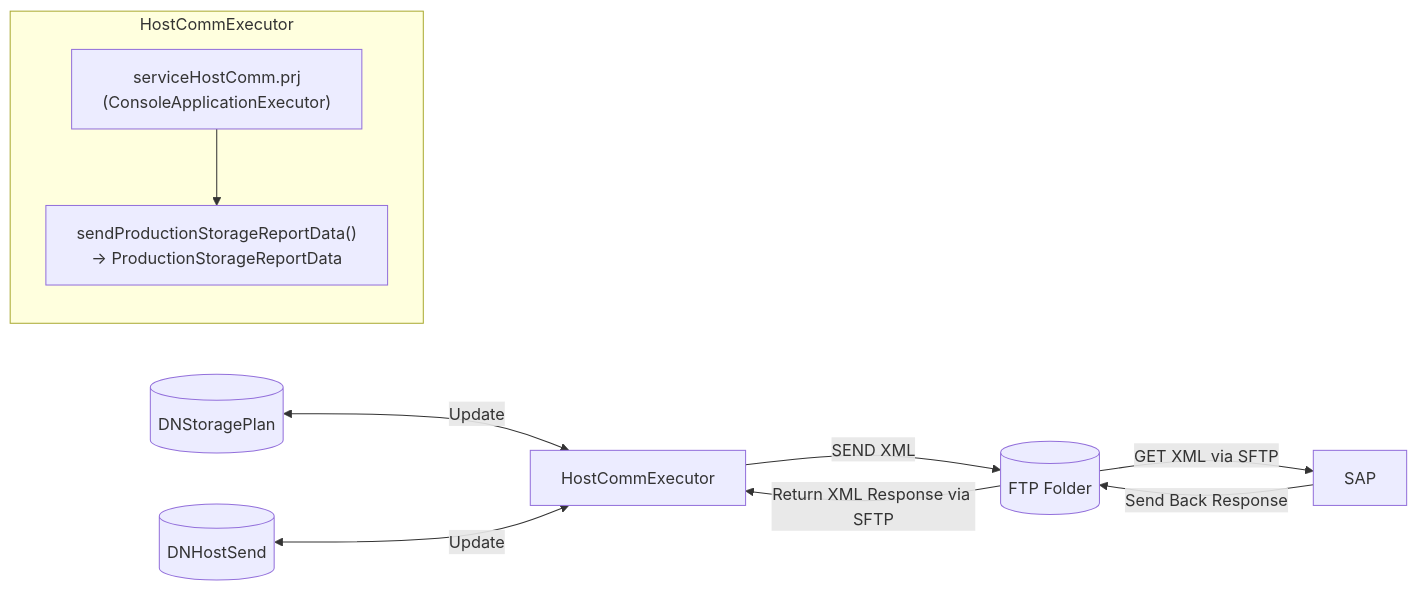
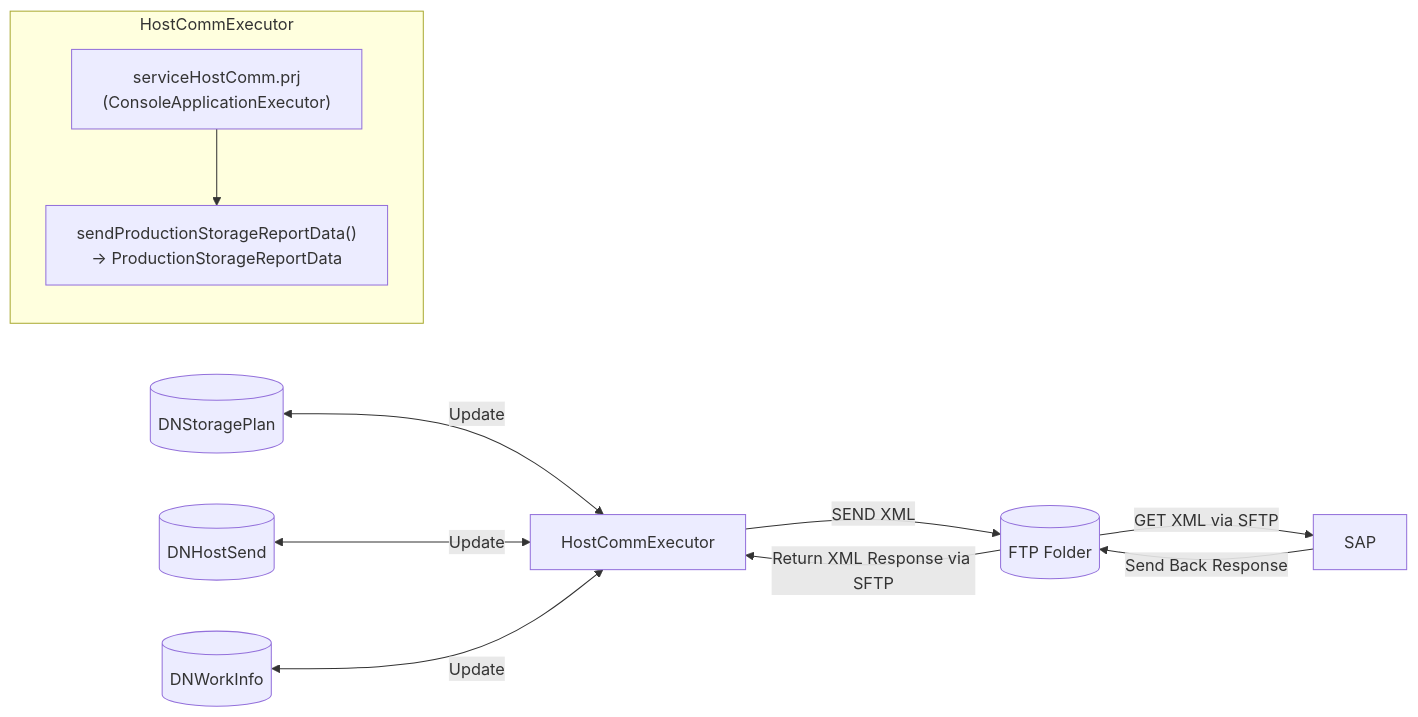
One commit to luthfiadityaa/SimeDarby-Wiki changed the diagram in Basic-Design/Host-Interfaces/Send-Method/Production-Storage-Result.md. Above: the diagram before and after it, drawn with Mermaid.

Commit message:
Updated Production Storage Result

```diff
--- a/Basic-Design/Host-Interfaces/Send-Method/Production-Storage-Result.md
+++ b/Basic-Design/Host-Interfaces/Send-Method/Production-Storage-Result.md
@@ -11,15 +11,16 @@
 ::: mermaid
 flowchart LR
     A[HostCommExecutor] --> |SEND XML| C[(FTP Folder)]
     C -->|GET XML via SFTP| D[SAP]
     D -->|Send Back Response| C
     C -->|Return XML Response via SFTP| A
     E[(DNStoragePlan)] <--> |Update| A
     F[(DNHostSend)] <--> |Update| A
+    G[(DNWorkInfo)] <--> |Update| A
 
      subgraph HostCommExecutor
         C1["serviceHostComm.prj<br>(ConsoleApplicationExecutor)"]
         C2["sendProductionStorageReportData()<br>→ ProductionStorageReportData"]
         C1 --> C2
     end
 :::
```
